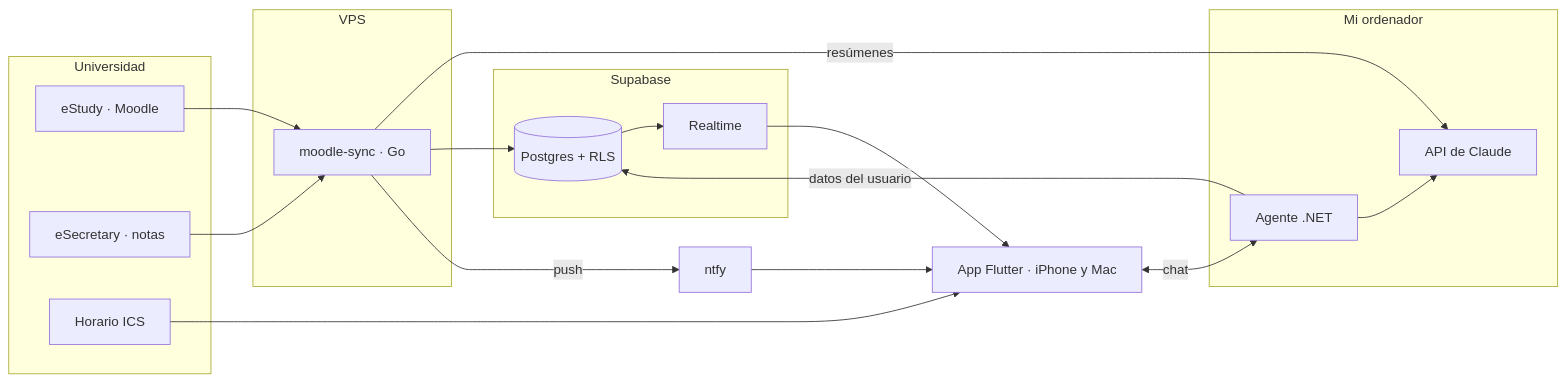
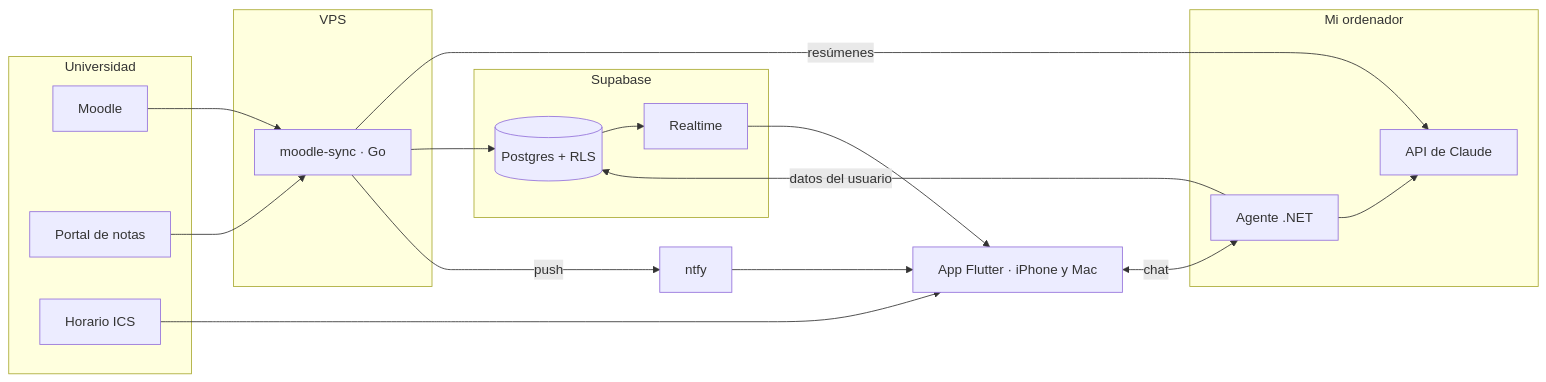
The diagram in README.md (jportabellag/multiTarget-showcase), drawn with Mermaid before and after one commit. The commit also changed other lines of this file, not shown here.

Commit message:
README: hablar de Moodle, sin nombres de la universidad

````diff
--- a/README.md
+++ b/README.md
@@ -165,29 +165,29 @@
 ```mermaid
 flowchart LR
     subgraph Universidad
-        M[eStudy · Moodle]
-        S[eSecretary · notas]
+        M[Moodle]
+        S[Portal de notas]
         H[Horario ICS]
     end
     subgraph VPS
         MS[moodle-sync · Go]
     end
     subgraph Supabase
         DB[(Postgres + RLS)]
         RT[Realtime]
     end
     subgraph Mi ordenador
         AG[Agente .NET] --> CL[API de Claude]
     end
     APP[App Flutter · iPhone y Mac]
 
     M & S --> MS
     MS -->|resúmenes| CL
     MS --> DB
     DB --> RT --> APP
     H --> APP
     APP <-->|chat| AG
     AG -->|datos del usuario| DB
     MS -->|push| N[ntfy]
     N --> APP
 ```
````
